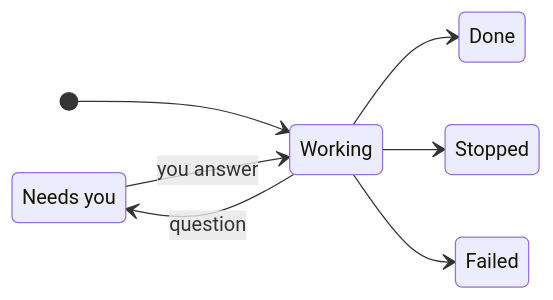
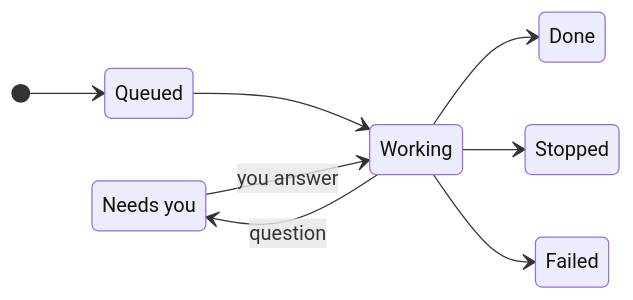
One commit to n8n-io/nod changed the diagram in docs/src/content/docs/use/tasks.md. Above: the diagram before and after it, drawn with Mermaid. The commit also changed other lines of this file and 17 other files, not shown here.

````diff
--- a/docs/src/content/docs/use/tasks.md
+++ b/docs/src/content/docs/use/tasks.md
@@ -44,11 +47,12 @@
 ```mermaid
 stateDiagram-v2
   direction LR
   state "Needs you" as needs
-  [*] --> Working
+  [*] --> Queued
+  Queued --> Working
   Working --> needs: question
   needs --> Working: you answer
   Working --> Done
   Working --> Stopped
   Working --> Failed
 ```
````
